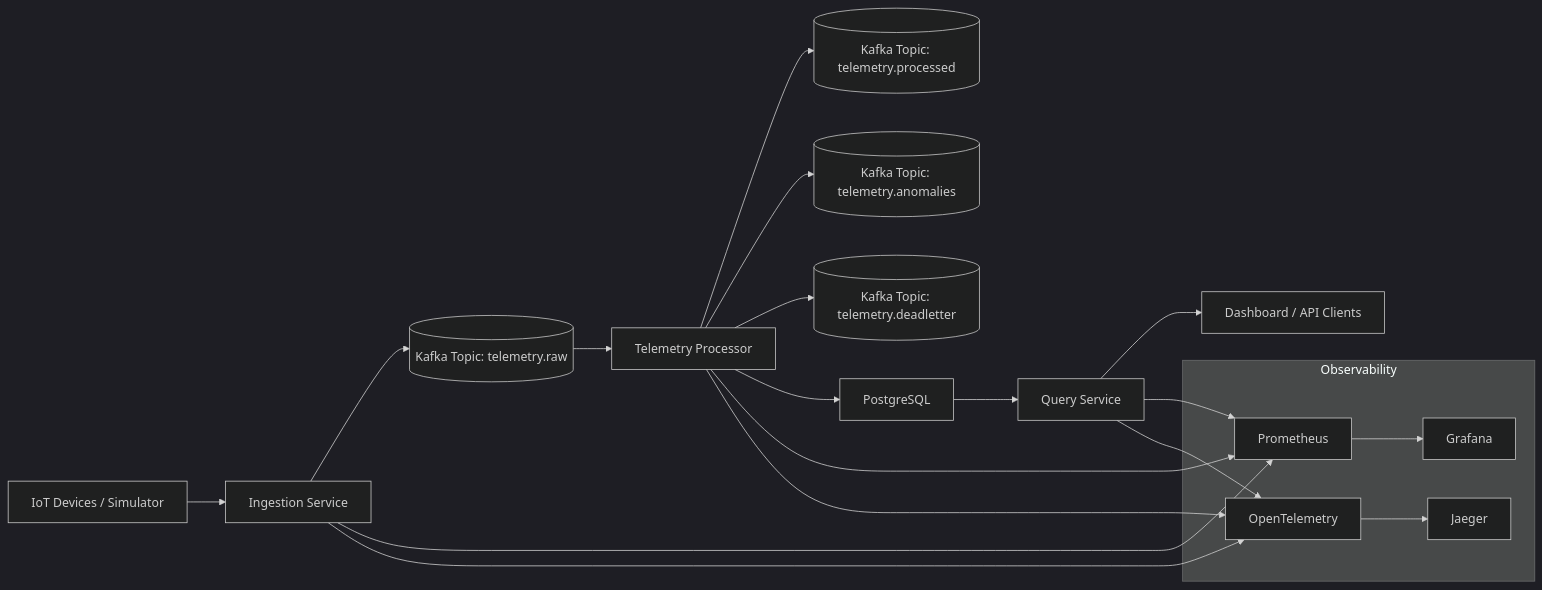
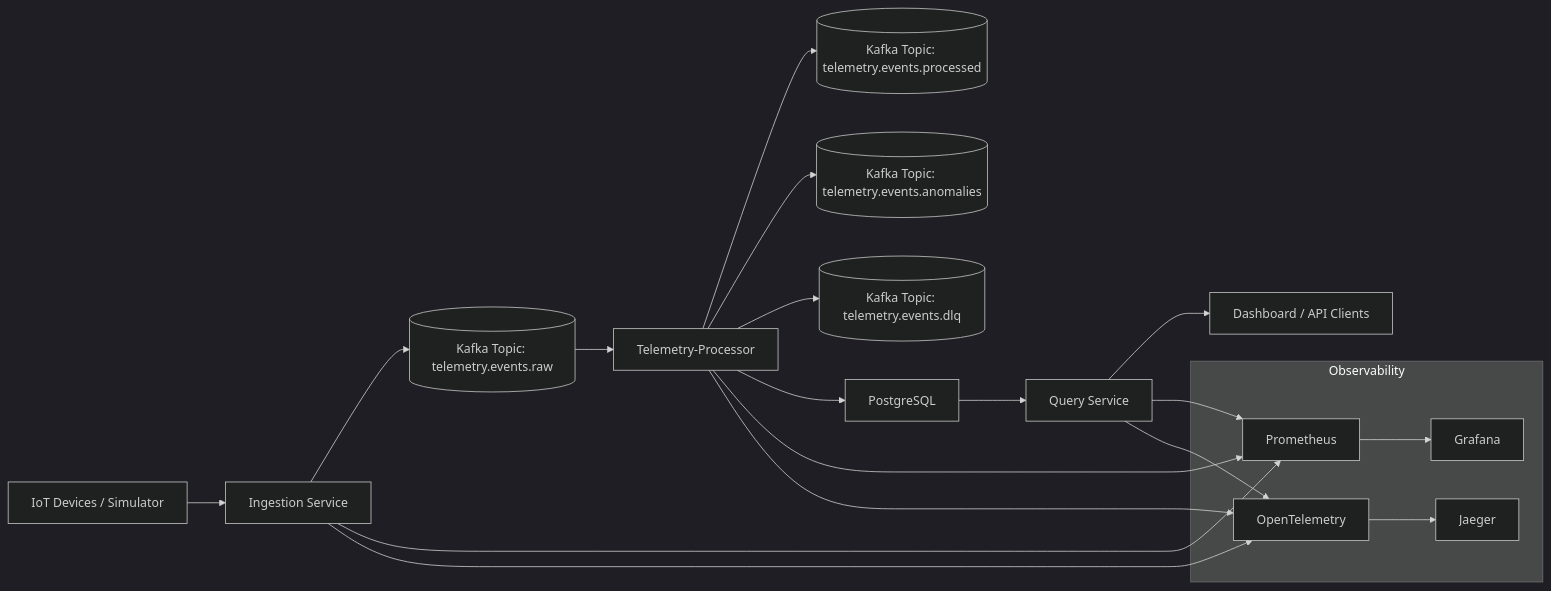
Before and after one commit to ME-Massine/pulsestream: the diagram in docs/diagrams/system-architecture.md, drawn with Mermaid (dark theme). The commit also changed other lines of this file and 6 other files, not shown here.

Commit message:
docs: fix diagram naming consistency and align with architecture standard

````diff
--- a/docs/diagrams/system-architecture.md
+++ b/docs/diagrams/system-architecture.md
@@ -5,32 +5,32 @@
 ```mermaid
 flowchart LR
     A[IoT Devices / Simulator] --> B[Ingestion Service]
-    B --> T1[(Kafka Topic: telemetry.raw)]
+    B --> T1[(Kafka Topic: telemetry.events.raw)]
 
-    T1 --> C[Telemetry Processor]
-    C --> T2[(Kafka Topic: telemetry.processed)]
-    C --> T3[(Kafka Topic: telemetry.anomalies)]
-    C --> T4[(Kafka Topic: telemetry.deadletter)]
+    T1 --> C[Telemetry-Processor]
+    C --> T2[(Kafka Topic: telemetry.events.processed )]
+    C --> T3[(Kafka Topic: telemetry.events.anomalies)]
+    C --> T4[(Kafka Topic: telemetry.events.dlq)]
 
     C --> D[PostgreSQL]
     D --> E[Query Service]
     E --> F[Dashboard / API Clients]
 
     subgraph Observability
         P[Prometheus]
         G[Grafana]
         O[OpenTelemetry]
         J[Jaeger]
     end
 
     B --> P
     C --> P
     E --> P
 
     B --> O
     C --> O
     E --> O
 
     P --> G
     O --> J
 ```
````
